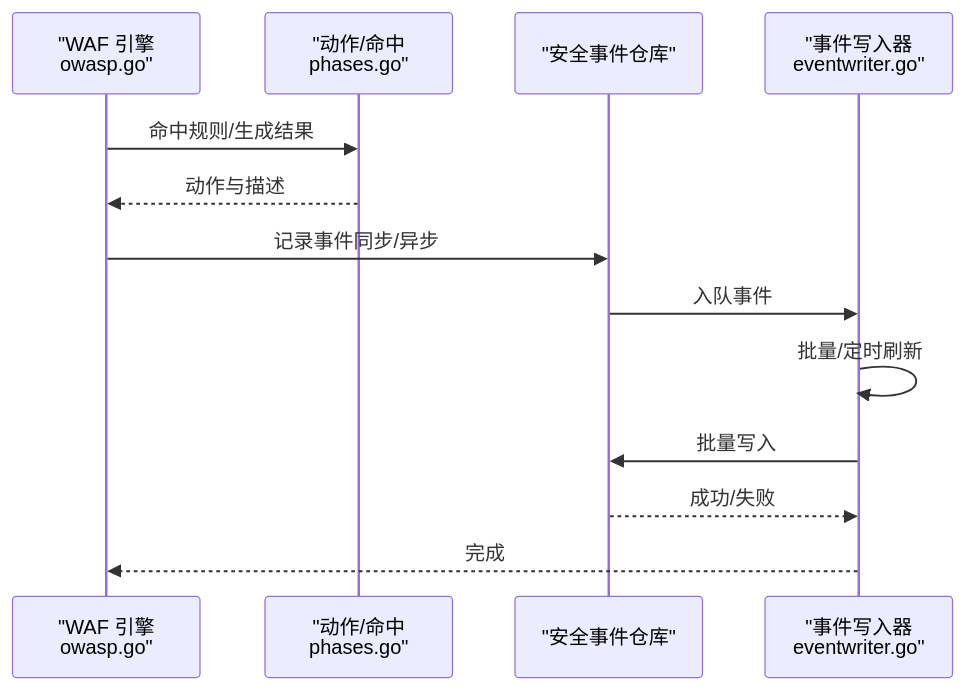
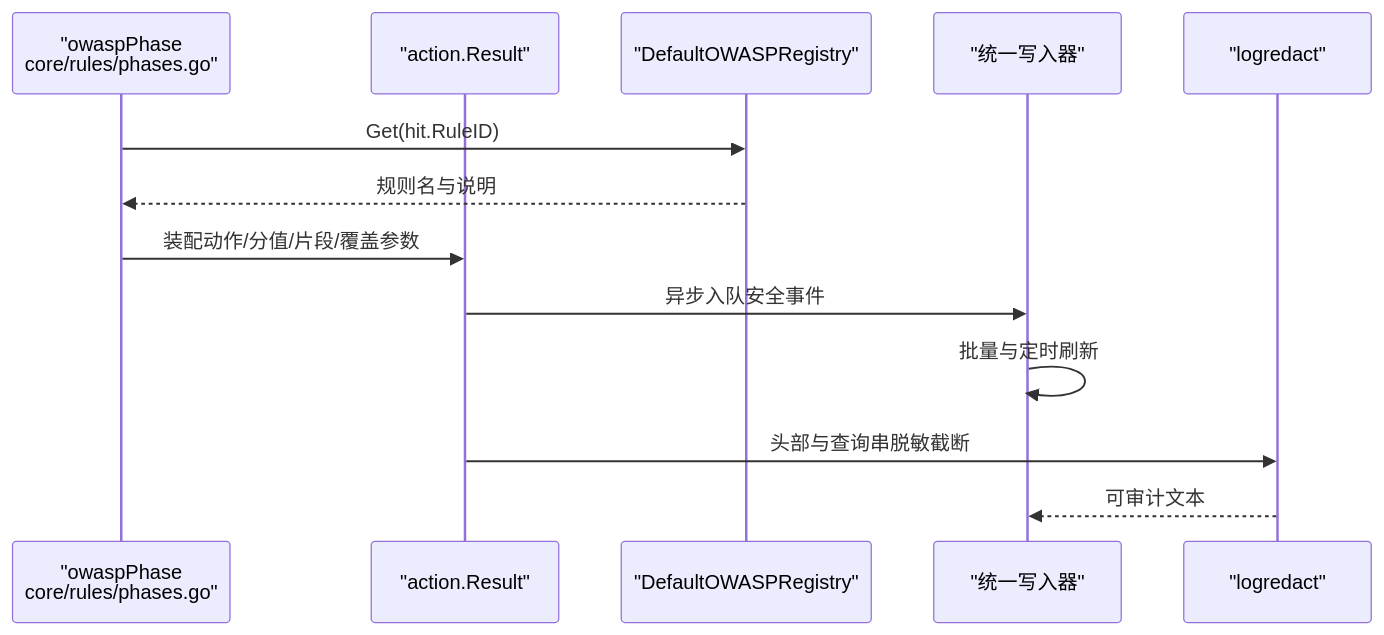
One commit to x01n/My-OpenWaf changed the eighth of 9 diagrams in docs/安全防护功能/OWASP 检测/配置与管理.md. Above: the diagram before and after it, drawn with Mermaid. The commit also changed other lines of this file and 622 other files, not shown here.

````diff
--- a/docs/安全防护功能/OWASP 检测/配置与管理.md
+++ b/docs/安全防护功能/OWASP 检测/配置与管理.md
@@ -310,15 +485,15 @@
 ```mermaid
 sequenceDiagram
-participant WAF as "WAF 引擎<br/>owasp.go"
-participant Act as "动作/命中<br/>phases.go"
-participant Repo as "安全事件仓库"
-participant Writer as "事件写入器<br/>eventwriter.go"
-WAF->>Act : 命中规则/生成结果
-Act-->>WAF : 动作与描述
-WAF->>Repo : 记录事件同步/异步
-Repo->>Writer : 入队事件
-Writer->>Writer : 批量/定时刷新
-Writer->>Repo : 批量写入
-Repo-->>Writer : 成功/失败
-Writer-->>WAF : 完成
+participant OWASP as "owaspPhase<br/>core/rules/phases.go"
+participant Res as "action.Result"
+participant Reg as "DefaultOWASPRegistry"
+participant Writer as "统一写入器"
+participant Log as "logredact"
+OWASP->>Reg : Get(hit.RuleID)
+Reg-->>OWASP : 规则名与说明
+OWASP->>Res : 装配动作/分值/片段/覆盖参数
+Res->>Writer : 异步入队安全事件
+Writer->>Writer : 批量与定时刷新
+Res->>Log : 头部与查询串脱敏截断
+Log-->>Writer : 可审计文本
 ```
````
